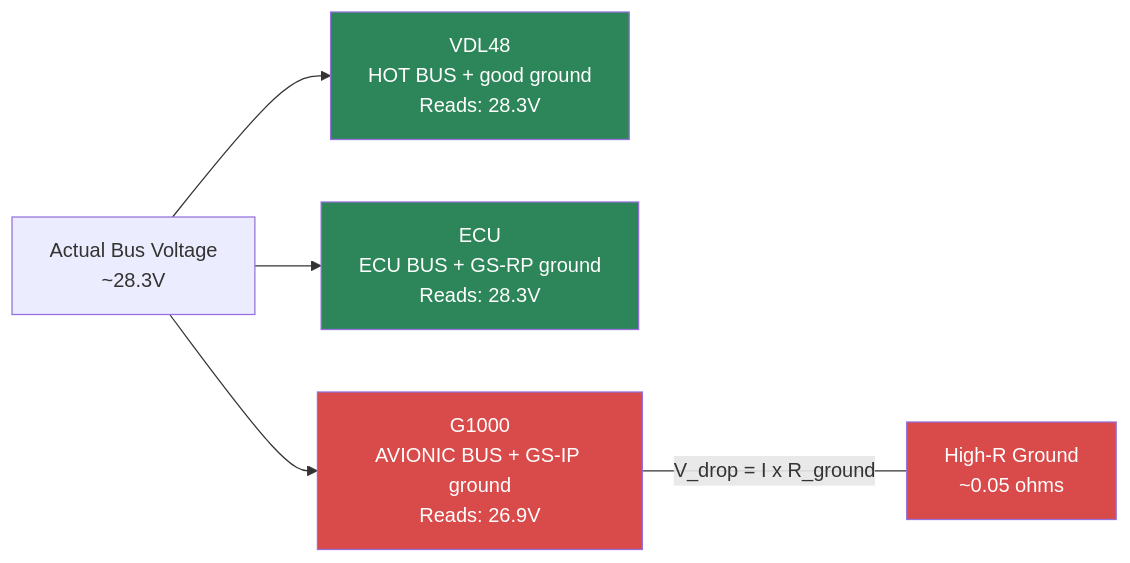
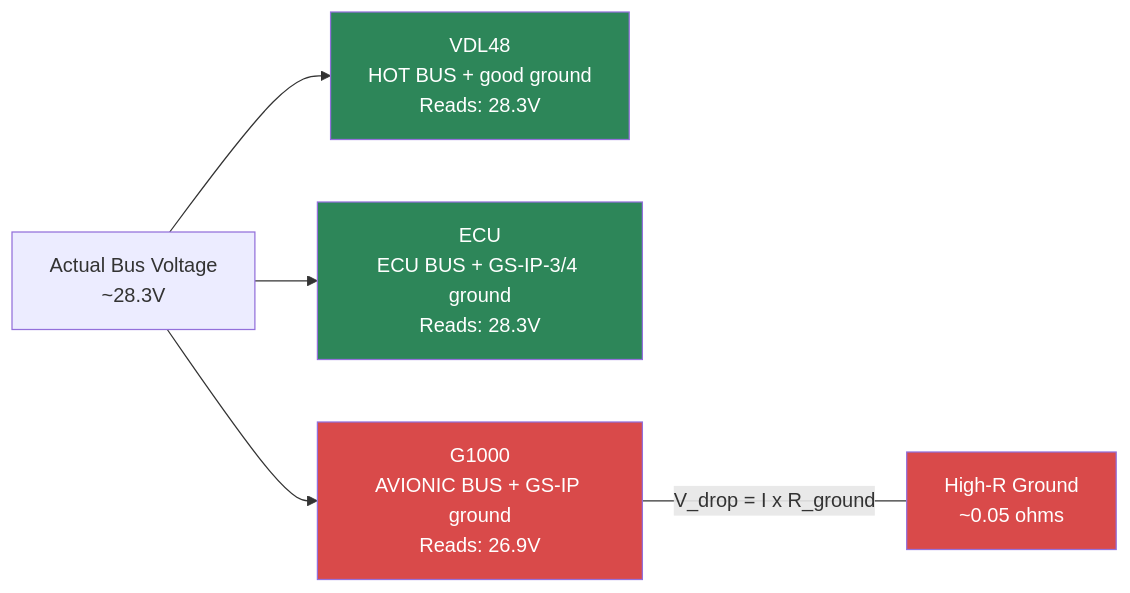
One commit to ingramleedy/volts changed the third of 6 diagrams in README.md. Above: the diagram before and after it, drawn with Mermaid. The commit also changed other lines of this file and 2 other files, not shown here.

First line of the commit message:
Correct ECU ground path: GS-IP-3/4 (not GS-RP), narrow fault to GS-IP-14

````diff
--- a/README.md
+++ b/README.md
@@ -189,13 +189,13 @@
 ```mermaid
 flowchart LR
     BUS["Actual Bus Voltage\n~28.3V"]
     BUS --> VDL["VDL48\nHOT BUS + good ground\nReads: 28.3V"]
-    BUS --> ECU["ECU\nECU BUS + GS-RP ground\nReads: 28.3V"]
+    BUS --> ECU["ECU\nECU BUS + GS-IP-3/4 ground\nReads: 28.3V"]
     BUS --> G1000["G1000\nAVIONIC BUS + GS-IP ground\nReads: 26.9V"]
     G1000 ---|"V_drop = I x R_ground"| BADGND["High-R Ground\n~0.05 ohms"]
 
     style VDL fill:#2d8659,color:#fff
     style ECU fill:#2d8659,color:#fff
     style G1000 fill:#d94a4a,color:#fff
     style BADGND fill:#d94a4a,color:#fff
 ```
````
